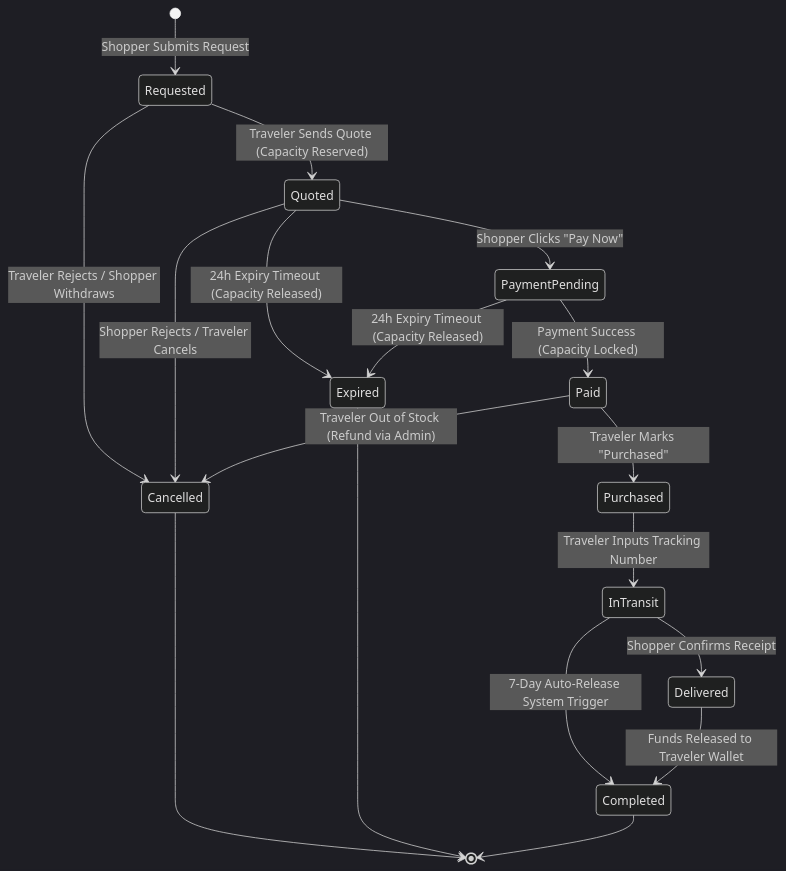
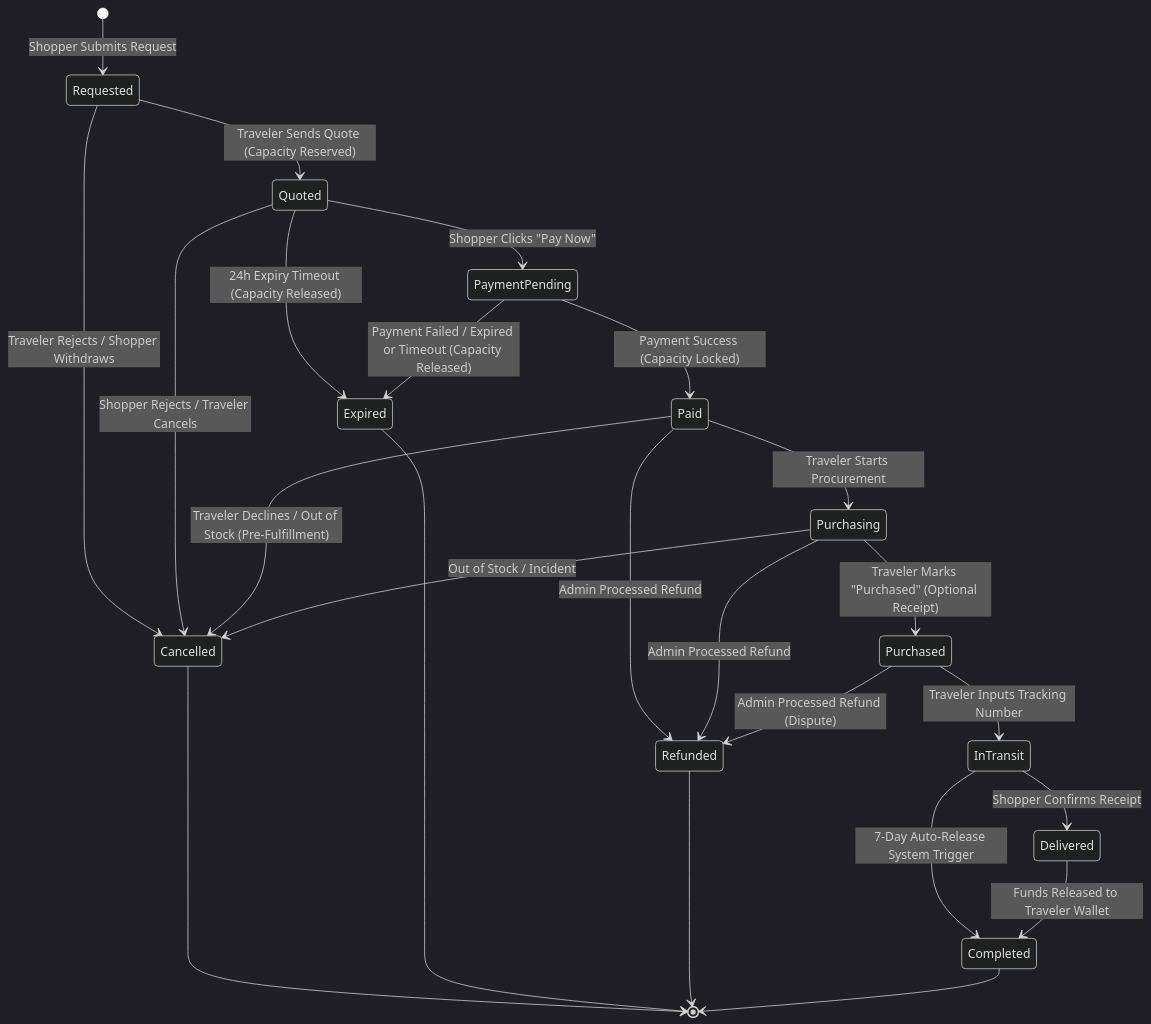
Before and after one commit to JUNCASUNDRA/mytrip-mytitipan: the diagram in docs/03-design/user-flow/order-lifecycle.md, drawn with Mermaid (dark theme). The commit also changed other lines of this file and 11 other files, not shown here.

Commit message:
[PMA] [PLANNING] Refined core user flow and order status lifecycle

````diff
--- a/docs/03-design/user-flow/order-lifecycle.md
+++ b/docs/03-design/user-flow/order-lifecycle.md
@@ -38,28 +40,35 @@
 ```mermaid
 stateDiagram-v2
     [*] --> Requested : Shopper Submits Request
     
     Requested --> Quoted : Traveler Sends Quote (Capacity Reserved)
     Requested --> Cancelled : Traveler Rejects / Shopper Withdraws
     
     Quoted --> PaymentPending : Shopper Clicks "Pay Now"
     Quoted --> Expired : 24h Expiry Timeout (Capacity Released)
     Quoted --> Cancelled : Shopper Rejects / Traveler Cancels
     
     PaymentPending --> Paid : Payment Success (Capacity Locked)
-    PaymentPending --> Expired : 24h Expiry Timeout (Capacity Released)
+    PaymentPending --> Expired : Payment Failed / Expired or Timeout (Capacity Released)
     
-    Paid --> Purchased : Traveler Marks "Purchased"
-    Paid --> Cancelled : Traveler Out of Stock (Refund via Admin)
+    Paid --> Purchasing : Traveler Starts Procurement
+    Paid --> Cancelled : Traveler Declines / Out of Stock (Pre-Fulfillment)
+    Paid --> Refunded : Admin Processed Refund
+    
+    Purchasing --> Purchased : Traveler Marks "Purchased" (Optional Receipt)
+    Purchasing --> Cancelled : Out of Stock / Incident
+    Purchasing --> Refunded : Admin Processed Refund
     
     Purchased --> InTransit : Traveler Inputs Tracking Number
+    Purchased --> Refunded : Admin Processed Refund (Dispute)
     
     InTransit --> Delivered : Shopper Confirms Receipt
     InTransit --> Completed : 7-Day Auto-Release System Trigger
     
     Delivered --> Completed : Funds Released to Traveler Wallet
     
     Cancelled --> [*]
     Expired --> [*]
+    Refunded --> [*]
     Completed --> [*]
 ```
````
